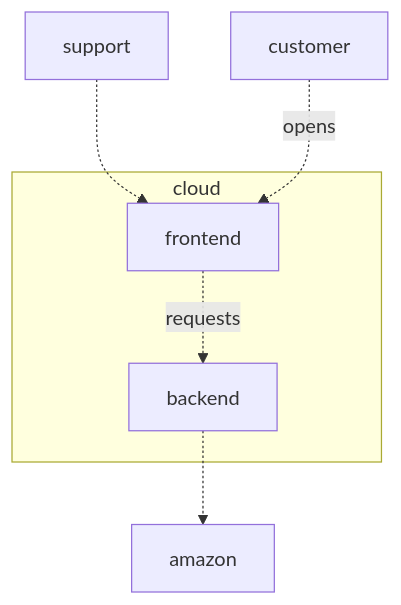
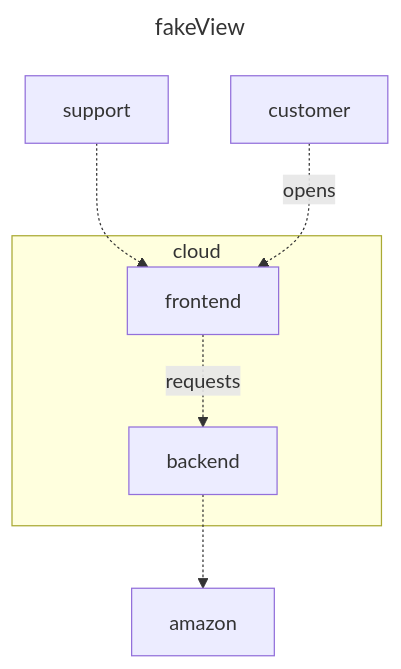
Before and after one commit to likec4/likec4: the diagram in packages/generators/src/mmd/__snapshots__/fakeDiagram.mmd, drawn with Mermaid. The commit also changed 5 other files, not shown here.

```diff
--- a/packages/generators/src/mmd/__snapshots__/fakeDiagram.mmd
+++ b/packages/generators/src/mmd/__snapshots__/fakeDiagram.mmd
@@ -1,12 +1,15 @@
+---
+title: "fakeView"
+---
 graph TB
   Amazon@{ shape: rectangle, label: "amazon" }
   subgraph Cloud["`cloud`"]
     Cloud.Backend@{ shape: rectangle, label: "backend" }
     Cloud.Frontend@{ shape: rectangle, label: "frontend" }
   end
   Customer@{ shape: rectangle, label: "customer" }
   Support@{ shape: rectangle, label: "support" }
   Cloud.Frontend -. "`requests`" .-> Cloud.Backend
   Cloud.Backend -.-> Amazon
   Support -.-> Cloud.Frontend
   Customer -. "`opens`" .-> Cloud.Frontend
```
